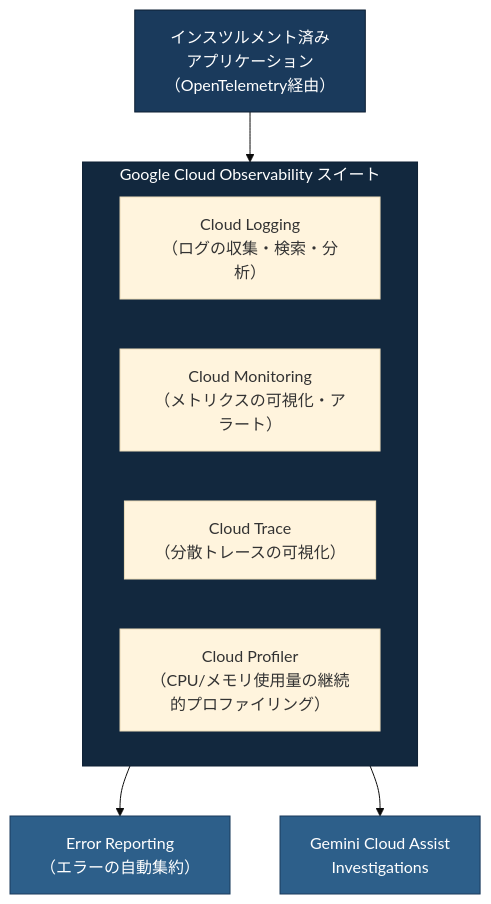
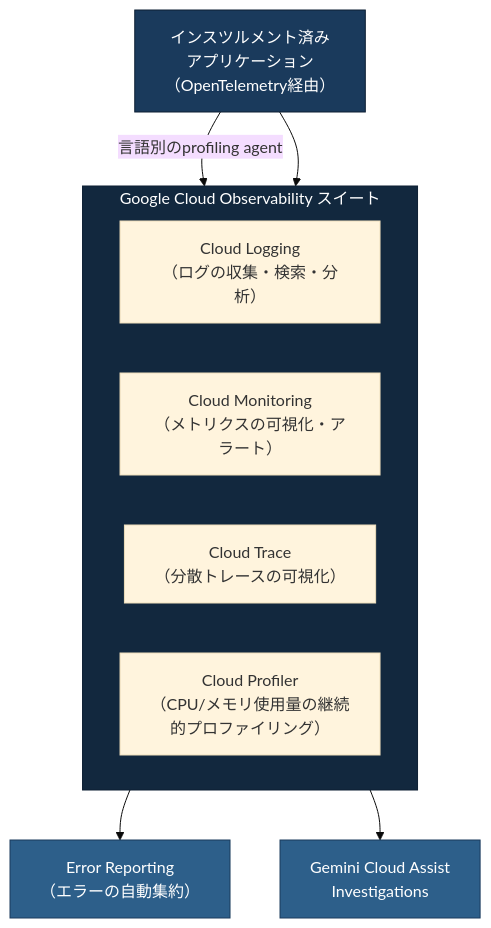
One commit to myoshi2891/Cloud-Infrastructure-Studies changed diagram 12 of 15 in Gcp-professional-cloud-developer-section4.md. Above: the diagram before and after it, drawn with Mermaid (base theme). The commit also changed other lines of this file and 2 other files, not shown here.

````diff
--- a/Gcp-professional-cloud-developer-section4.md
+++ b/Gcp-professional-cloud-developer-section4.md
@@ -599,20 +601,21 @@
 ```mermaid
 flowchart TB
     subgraph Suite["Google Cloud Observability スイート"]
         direction LR
         Logging["Cloud Logging<br/>（ログの収集・検索・分析）"]
         Monitoring["Cloud Monitoring<br/>（メトリクスの可視化・アラート）"]
         Trace["Cloud Trace<br/>（分散トレースの可視化）"]
         Profiler["Cloud Profiler<br/>（CPU/メモリ使用量の継続的プロファイリング）"]
     end
 
     App["インスツルメント済み<br/>アプリケーション<br/>（OpenTelemetry経由）"] --> Suite
+    App -->|"言語別のprofiling agent"| Profiler
 
     Suite --> ErrorRep["Error Reporting<br/>（エラーの自動集約）"]
     Suite --> Gemini["Gemini Cloud Assist<br/>Investigations"]
 
     style App fill:#1a3a5c,stroke:#0d1f33,color:#ffffff
     style Suite fill:#12283e,stroke:#0d1f33,color:#ffffff
     style ErrorRep fill:#2d5f8a,stroke:#1a3a5c,color:#ffffff
     style Gemini fill:#2d5f8a,stroke:#1a3a5c,color:#ffffff
 ```
````
